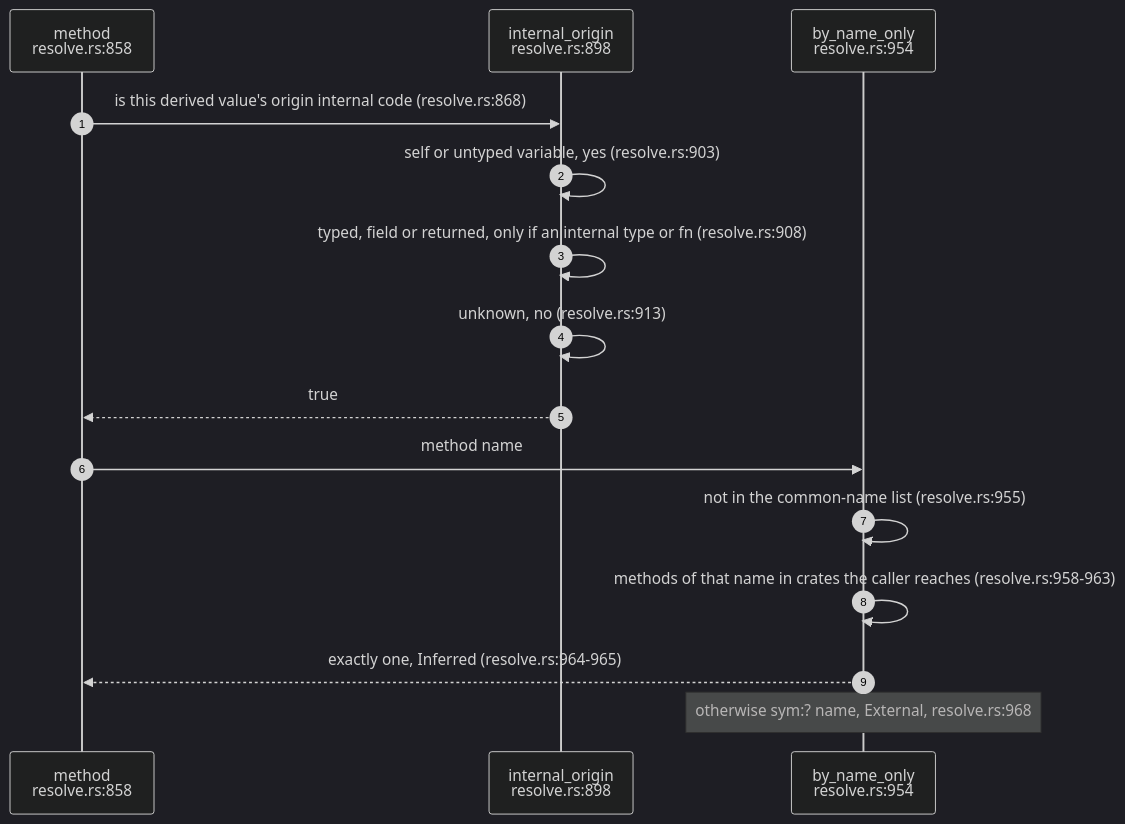
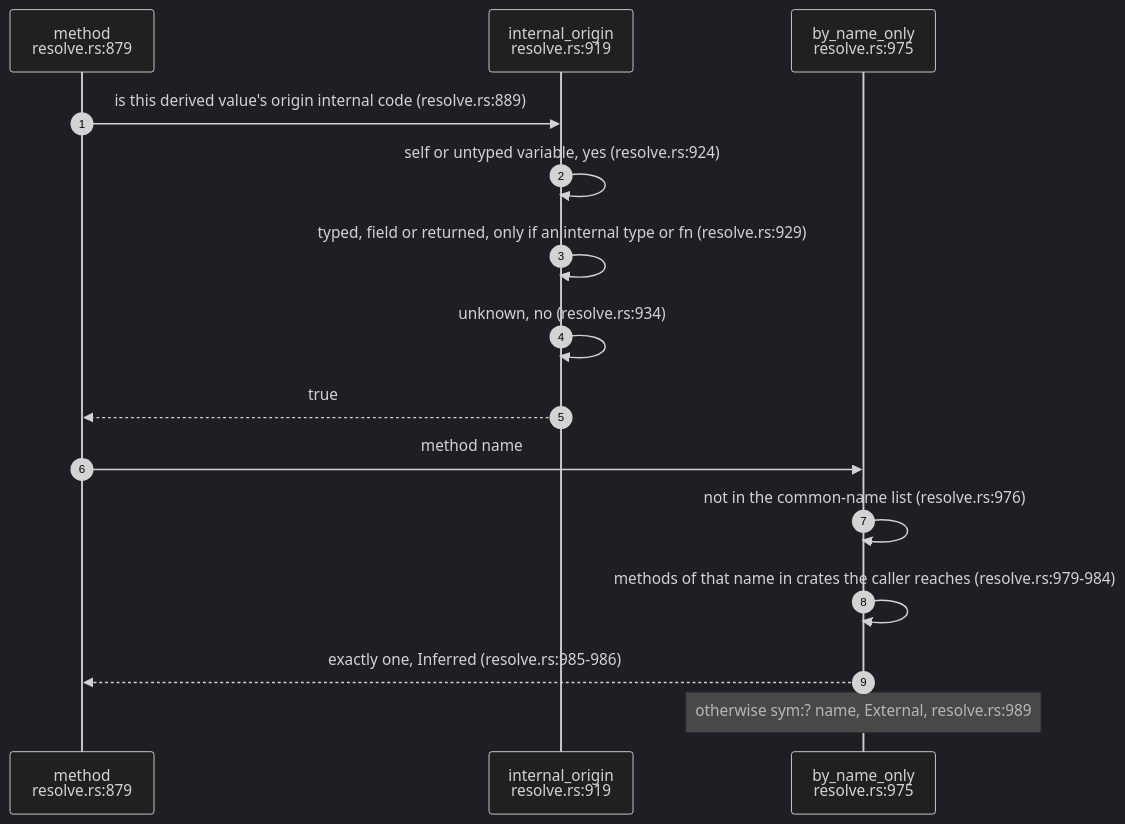
The fifth of 6 diagrams in docs/diagrams/extract/05-workspace-name-resolution.md (DreamLab-AI/codemaid), drawn with Mermaid (dark theme) before and after one commit. The commit also changed other lines of this file and 21 other files, not shown here.

````diff
--- a/docs/diagrams/extract/05-workspace-name-resolution.md
+++ b/docs/diagrams/extract/05-workspace-name-resolution.md
@@ -257,17 +257,17 @@
 ```mermaid
 sequenceDiagram
     autonumber
-    participant ME as method<br/>resolve.rs:858
-    participant IO as internal_origin<br/>resolve.rs:898
-    participant BN as by_name_only<br/>resolve.rs:954
-    ME->>IO: is this derived value's origin internal code (resolve.rs:868)
-    IO->>IO: self or untyped variable, yes (resolve.rs:903)
-    IO->>IO: typed, field or returned, only if an internal type or fn (resolve.rs:908)
-    IO->>IO: unknown, no (resolve.rs:913)
+    participant ME as method<br/>resolve.rs:879
+    participant IO as internal_origin<br/>resolve.rs:919
+    participant BN as by_name_only<br/>resolve.rs:975
+    ME->>IO: is this derived value's origin internal code (resolve.rs:889)
+    IO->>IO: self or untyped variable, yes (resolve.rs:924)
+    IO->>IO: typed, field or returned, only if an internal type or fn (resolve.rs:929)
+    IO->>IO: unknown, no (resolve.rs:934)
     IO-->>ME: true
     ME->>BN: method name
-    BN->>BN: not in the common-name list (resolve.rs:955)
-    BN->>BN: methods of that name in crates the caller reaches (resolve.rs:958-963)
-    BN-->>ME: exactly one, Inferred (resolve.rs:964-965)
-    Note over BN: otherwise sym:? name, External, resolve.rs:968
+    BN->>BN: not in the common-name list (resolve.rs:976)
+    BN->>BN: methods of that name in crates the caller reaches (resolve.rs:979-984)
+    BN-->>ME: exactly one, Inferred (resolve.rs:985-986)
+    Note over BN: otherwise sym:? name, External, resolve.rs:989
 ```
````
